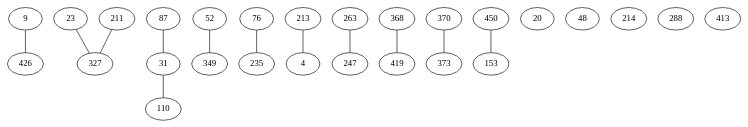
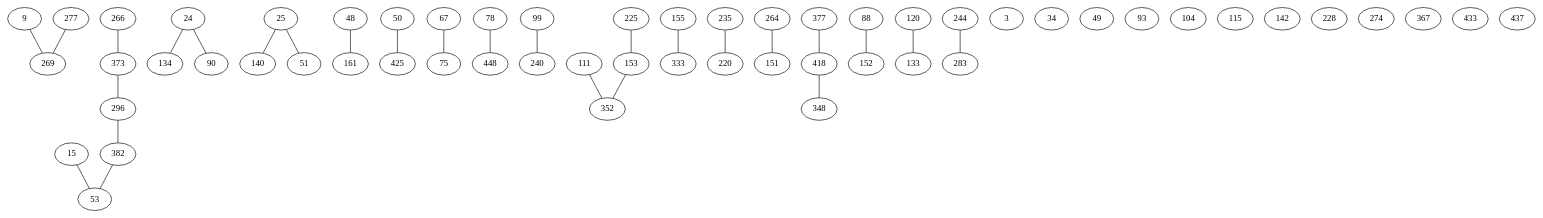
One commit to AuCson/Genome-Assembly-Implementation changed the diagram in external/dbg2olc/StrongRawBestOverlapGraph.dot. Above: the diagram before and after it, drawn with Graphviz. The commit also changed 79 other files, not shown here.

```diff
--- a/external/dbg2olc/StrongRawBestOverlapGraph.dot
+++ b/external/dbg2olc/StrongRawBestOverlapGraph.dot
@@ -1,53 +1,112 @@
 strict graph G {
-9 -- 426;
-23 -- 327;
-31 -- 110;
-52 -- 349;
-76 -- 235;
-87 -- 31;
-110 -- 31;
-211 -- 327;
-213 -- 4;
-235 -- 76;
-263 -- 247;
-327 -- 211;
-349 -- 52;
-368 -- 419;
-370 -- 373;
-450 -- 153;
-4 -- 213;
-31 -- 87;
-153 -- 450;
-247 -- 263;
-327 -- 23;
-373 -- 370;
-419 -- 368;
-426 -- 9;
-4
+9 -- 269;
+15 -- 53;
+24 -- 134;
+25 -- 140;
+48 -- 161;
+50 -- 425;
+53 -- 15;
+67 -- 75;
+75 -- 67;
+78 -- 448;
+99 -- 240;
+111 -- 352;
+134 -- 24;
+153 -- 352;
+155 -- 333;
+225 -- 153;
+235 -- 220;
+240 -- 99;
+264 -- 151;
+269 -- 9;
+277 -- 269;
+296 -- 382;
+333 -- 155;
+352 -- 153;
+373 -- 296;
+382 -- 53;
+418 -- 348;
+24 -- 90;
+25 -- 51;
+51 -- 25;
+53 -- 382;
+88 -- 152;
+90 -- 24;
+120 -- 133;
+133 -- 120;
+140 -- 25;
+151 -- 264;
+152 -- 88;
+153 -- 225;
+161 -- 48;
+220 -- 235;
+244 -- 283;
+266 -- 373;
+269 -- 277;
+283 -- 244;
+296 -- 373;
+348 -- 418;
+352 -- 111;
+373 -- 266;
+377 -- 418;
+382 -- 296;
+418 -- 377;
+425 -- 50;
+448 -- 78;
+3
 9
-20
-23
-31
+15
+24
+25
+34
 48
-52
-76
-87
-110
+49
+50
+51
+53
+67
+75
+78
+88
+90
+93
+99
+104
+111
+115
+120
+133
+134
+140
+142
+151
+152
 153
-211
-213
-214
+155
+161
+220
+225
+228
 235
-247
-263
-288
-327
-349
-368
-370
+240
+244
+264
+266
+269
+274
+277
+283
+296
+333
+348
+352
+367
 373
-413
-419
-426
-450
+377
+382
+418
+425
+433
+437
+448
 }
```
